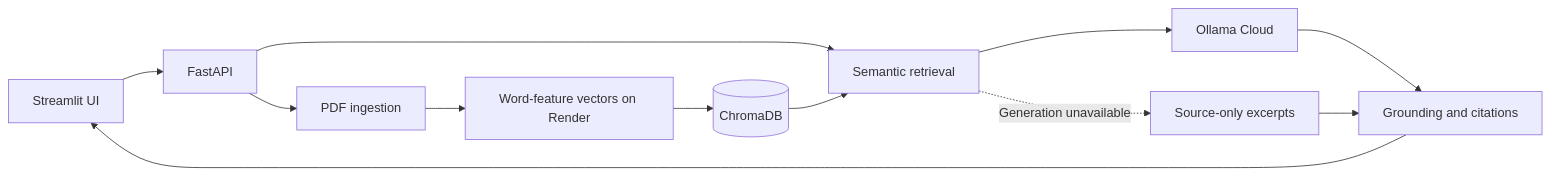
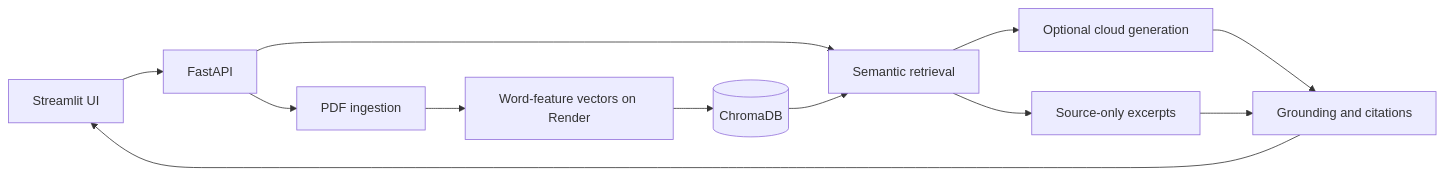
The diagram in README.md (Daredevil1915/RAGShield), drawn with Mermaid before and after one commit. The commit also changed other lines of this file and 11 other files, not shown here.

````diff
--- a/README.md
+++ b/README.md
@@ -46,14 +47,14 @@
 ```mermaid
 flowchart LR
     UI[Streamlit UI] --> API[FastAPI]
     API --> PDF[PDF ingestion]
     PDF --> EMB[Word-feature vectors on Render]
     EMB --> DB[(ChromaDB)]
     API --> RET[Semantic retrieval]
     DB --> RET
-    RET --> LLM[Ollama Cloud]
+    RET --> LLM[Optional cloud generation]
     LLM --> CHECK[Grounding and citations]
-    RET -. Generation unavailable .-> EX[Source-only excerpts]
+    RET --> EX[Source-only excerpts]
     EX --> CHECK
     CHECK --> UI
 ```
````
